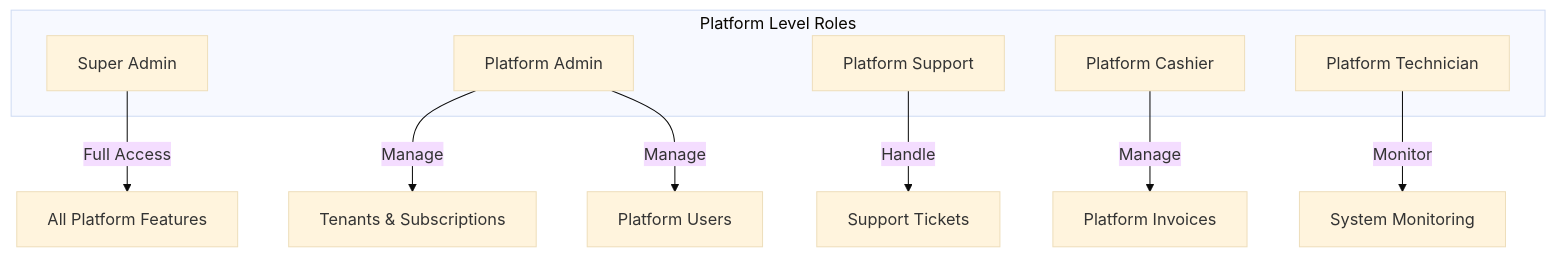
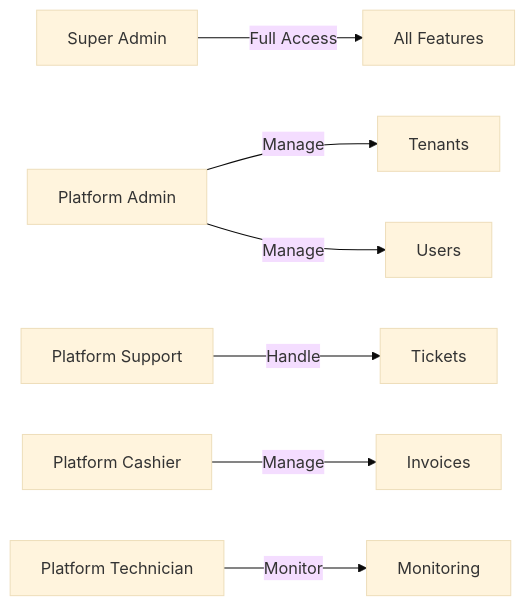
One commit to rayocta303/RadixLink changed diagram 14 of 15 in README.md. Above: the diagram before and after it, drawn with Mermaid (base theme). The commit also changed other lines of this file, not shown here.

First line of the commit message:
Assistant checkpoint: Fix all Mermaid diagram syntax errors in README.md

````diff
--- a/README.md
+++ b/README.md
@@ -729,17 +733,21 @@
 ```mermaid
-graph TD
-    subgraph Platform["Platform Level Roles"]
-        SA[Super Admin]
-        PA[Platform Admin]
-        PS[Platform Support]
-        PC[Platform Cashier]
-        PT[Platform Technician]
-    end
+graph LR
+    SA[Super Admin]
+    PA[Platform Admin]
+    PS[Platform Support]
+    PC[Platform Cashier]
+    PT[Platform Technician]
+    ALL[All Features]
+    TEN[Tenants]
+    USR[Users]
+    TKT[Tickets]
+    INV[Invoices]
+    MON[Monitoring]
     
-    SA -->|Full Access| ALL[All Platform Features]
-    PA -->|Manage| TEN[Tenants & Subscriptions]
-    PA -->|Manage| USR[Platform Users]
-    PS -->|Handle| TKT[Support Tickets]
-    PC -->|Manage| INV[Platform Invoices]
-    PT -->|Monitor| MON[System Monitoring]
+    SA -->|Full Access| ALL
+    PA -->|Manage| TEN
+    PA -->|Manage| USR
+    PS -->|Handle| TKT
+    PC -->|Manage| INV
+    PT -->|Monitor| MON
 ```
````
